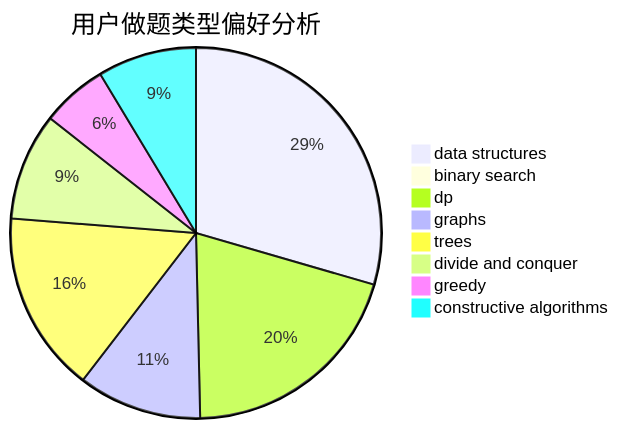
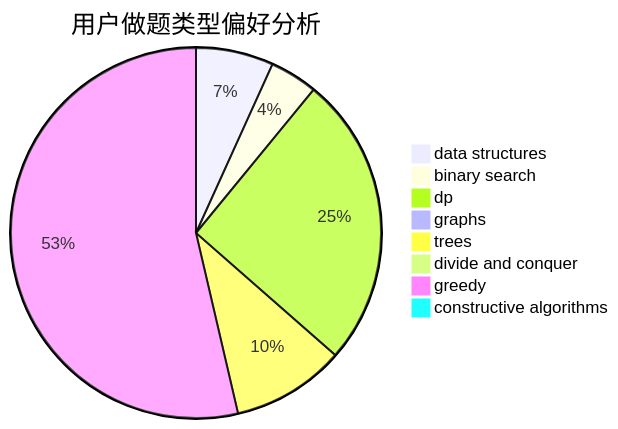
The second of 3 diagrams in docs/user/u1120.md (sherpahu/cfrs.github.io), drawn with Mermaid before and after one commit. The commit also changed other lines of this file and 2770 other files, not shown here.

````diff
--- a/docs/user/u1120.md
+++ b/docs/user/u1120.md
@@ -23,11 +23,11 @@
 ```mermaid
 pie title 用户做题类型偏好分析
-    "data structures" :  41
-    "binary search" :  1
-    "dp" :  28
-    "graphs" :  15
-    "trees" :  22
-    "divide and conquer" :  13
-    "greedy" :  8
-    "constructive algorithms" :  12
+    "data structures" :  13
+    "binary search" :  8
+    "dp" :  49
+    "graphs" :  1
+    "trees" :  19
+    "divide and conquer" :  0
+    "greedy" :  103
+    "constructive algorithms" :  0
 ```
````
